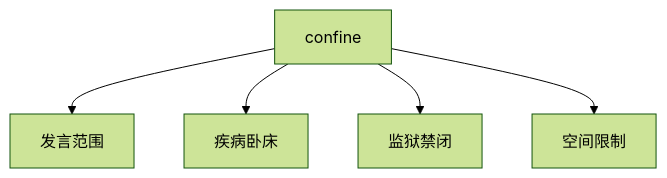
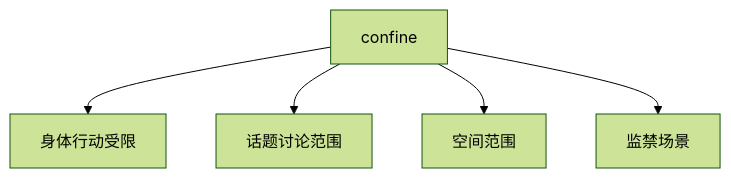
Before and after one commit to seki999/DialogueFlow: the third of 5 diagrams in slides_backup/托业单词/20260630/05.md, drawn with Mermaid (forest theme). The commit also changed other lines of this file and 28 other files, not shown here.

````diff
--- a/slides_backup/托业单词/20260630/05.md
+++ b/slides_backup/托业单词/20260630/05.md
@@ -50,7 +54,7 @@
 ```mermaid
 flowchart TD
-    A[confine] --> B[发言范围]
-    A --> C[疾病卧床]
-    A --> D[监狱禁闭]
-    A --> E[空间限制]
+    A[confine] --> B[身体行动受限]
+    A --> C[话题讨论范围]
+    A --> D[空间范围]
+    A --> E[监禁场景]
 ```
````
